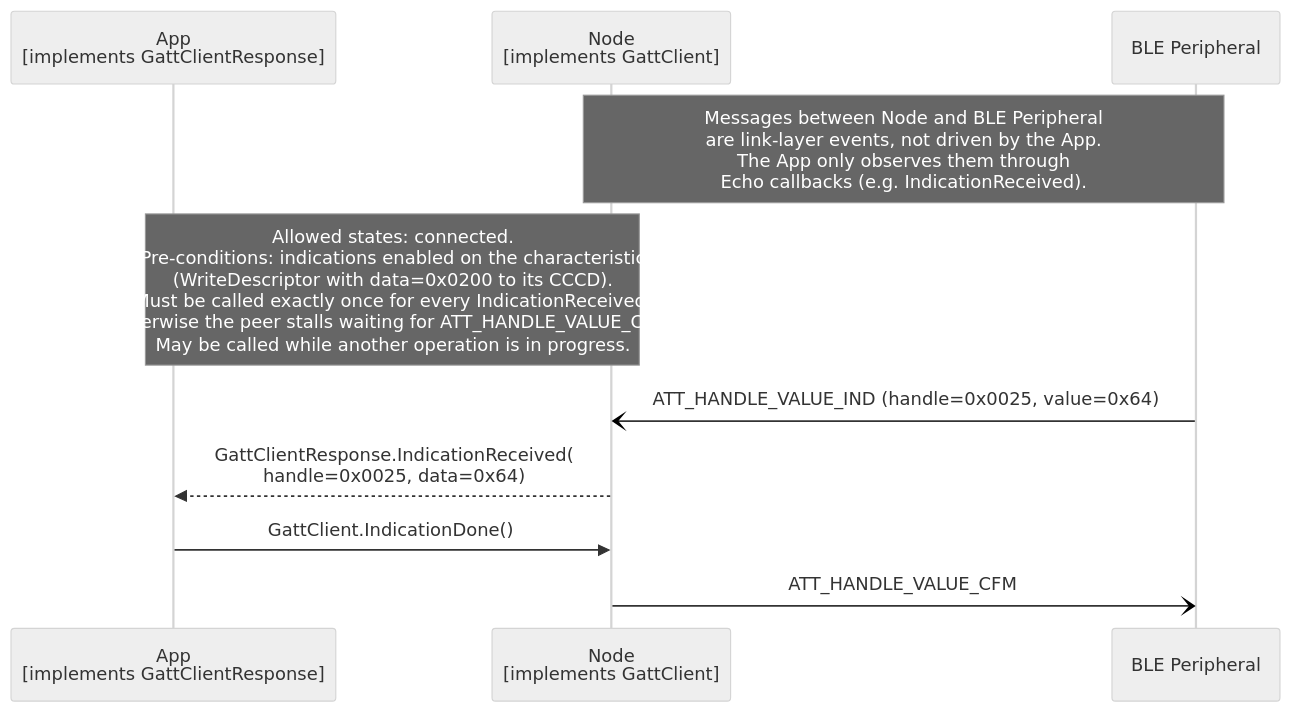
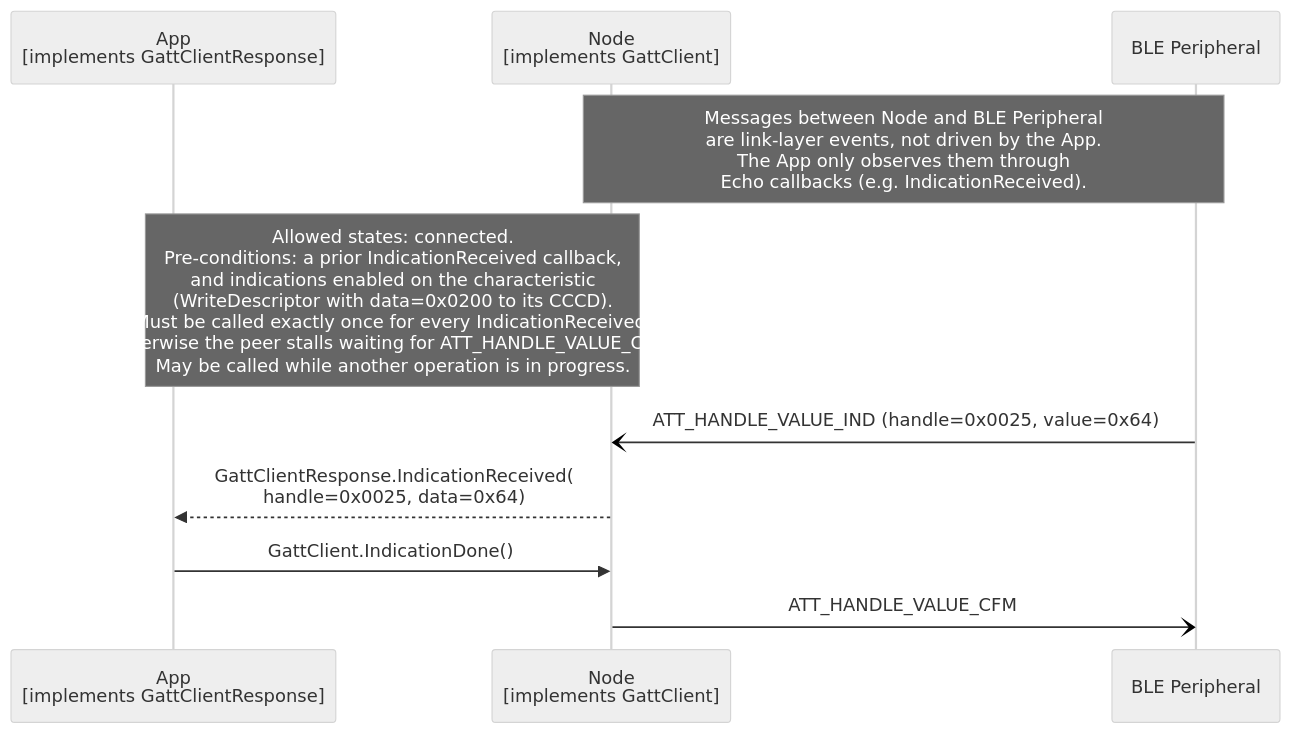
The diagram in documents/modules/ROOT/partials/echoservices/gatt_client/GattClient_IndicationDone_sequence.mmd (philips-software/amp-embedded-infra-lib), drawn with Mermaid (neutral theme) before and after one commit. The commit also changed 3 other files, not shown here.

Commit message:
align uml diagrams with updated gatt proto

```diff
--- a/documents/modules/ROOT/partials/echoservices/gatt_client/GattClient_IndicationDone_sequence.mmd
+++ b/documents/modules/ROOT/partials/echoservices/gatt_client/GattClient_IndicationDone_sequence.mmd
@@ -1,12 +1,12 @@
 sequenceDiagram
     participant App as App<br>[implements GattClientResponse]
     participant Node as Node<br>[implements GattClient]
     participant Peripheral as BLE Peripheral
 
     Note over Node, Peripheral: Messages between Node and BLE Peripheral<br>are link-layer events, not driven by the App.<br>The App only observes them through<br>Echo callbacks (e.g. IndicationReceived).
-    Note over App, Node: Allowed states: connected.<br>Pre-conditions: indications enabled on the characteristic<br>(WriteDescriptor with data=0x0200 to its CCCD).<br>Must be called exactly once for every IndicationReceived,<br>otherwise the peer stalls waiting for ATT_HANDLE_VALUE_CFM.<br>May be called while another operation is in progress.
+    Note over App, Node: Allowed states: connected.<br>Pre-conditions: a prior IndicationReceived callback,<br>and indications enabled on the characteristic<br>(WriteDescriptor with data=0x0200 to its CCCD).<br>Must be called exactly once for every IndicationReceived,<br>otherwise the peer stalls waiting for ATT_HANDLE_VALUE_CFM.<br>May be called while another operation is in progress.
 
     Peripheral-)Node: ATT_HANDLE_VALUE_IND (handle=0x0025, value=0x64)
     Node-->>App: GattClientResponse.IndicationReceived(<br>handle=0x0025, data=0x64)
     App->>Node: GattClient.IndicationDone()
     Node-)Peripheral: ATT_HANDLE_VALUE_CFM
```
